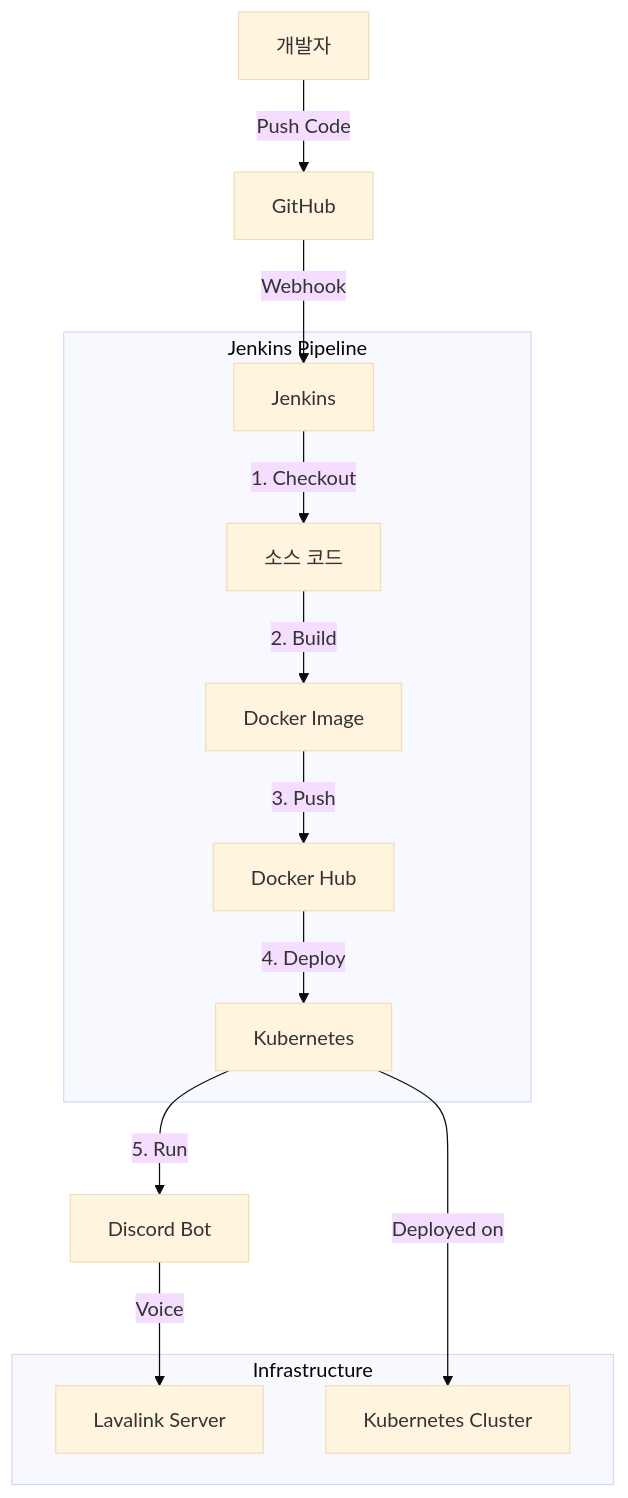
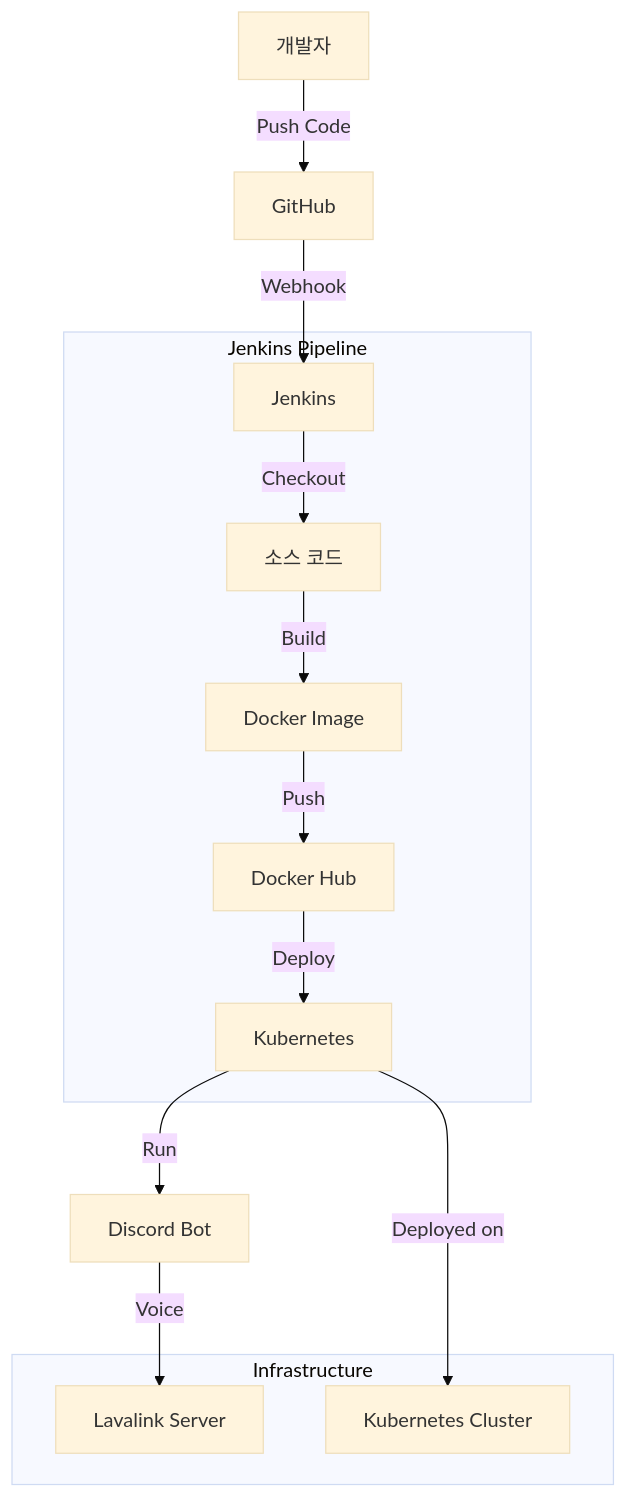
Before and after one commit to ashcircle03/devops-stack-learning: the diagram in README.md, drawn with Mermaid (base theme).

````diff
--- a/README.md
+++ b/README.md
@@ -25,26 +25,26 @@
 ```mermaid
 graph TD
     A[개발자] -->|Push Code| B[GitHub]
     B -->|Webhook| C[Jenkins]
-    C -->|1. Checkout| D[소스 코드]
-    D -->|2. Build| E[Docker Image]
-    E -->|3. Push| F[Docker Hub]
-    F -->|4. Deploy| G[Kubernetes]
-    G -->|5. Run| H[Discord Bot]
+    C -->|Checkout| D[소스 코드]
+    D -->|Build| E[Docker Image]
+    E -->|Push| F[Docker Hub]
+    F -->|Deploy| G[Kubernetes]
+    G -->|Run| H[Discord Bot]
     
     subgraph "Jenkins Pipeline"
     C
     D
     E
     F
     G
     end
     
     subgraph "Infrastructure"
     I[Lavalink Server]
     J[Kubernetes Cluster]
     end
     
     H -->|Voice| I
     G -->|Deployed on| J
 ```
````
